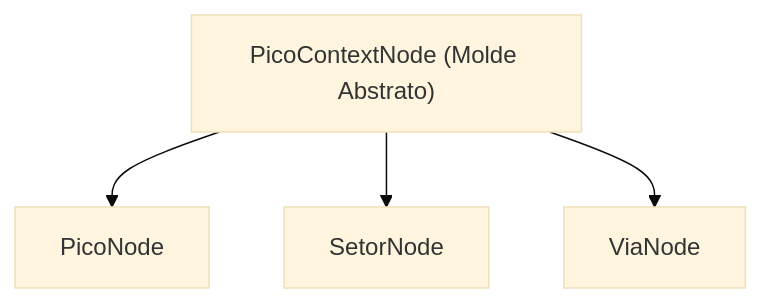
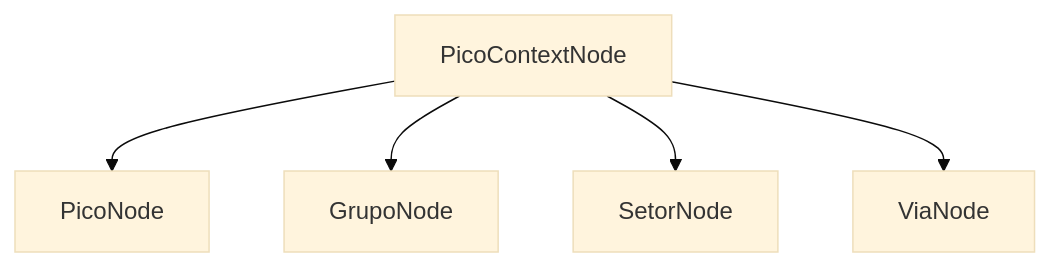
The diagram in frontend/lib/navigation/README.md (aresta-climb/aresta_app), drawn with Mermaid (base theme) before and after one commit. The commit also changed other lines of this file, not shown here.

````diff
--- a/frontend/lib/navigation/README.md
+++ b/frontend/lib/navigation/README.md
@@ -134,7 +75,8 @@
 ```mermaid
 flowchart TD
-    Base["PicoContextNode (Molde Abstrato)"]
+    Base["PicoContextNode"]
     Base --> Pico["PicoNode"]
+    Base --> Grupo["GrupoNode"]
     Base --> Setor["SetorNode"]
     Base --> Via["ViaNode"]
 ```
````
